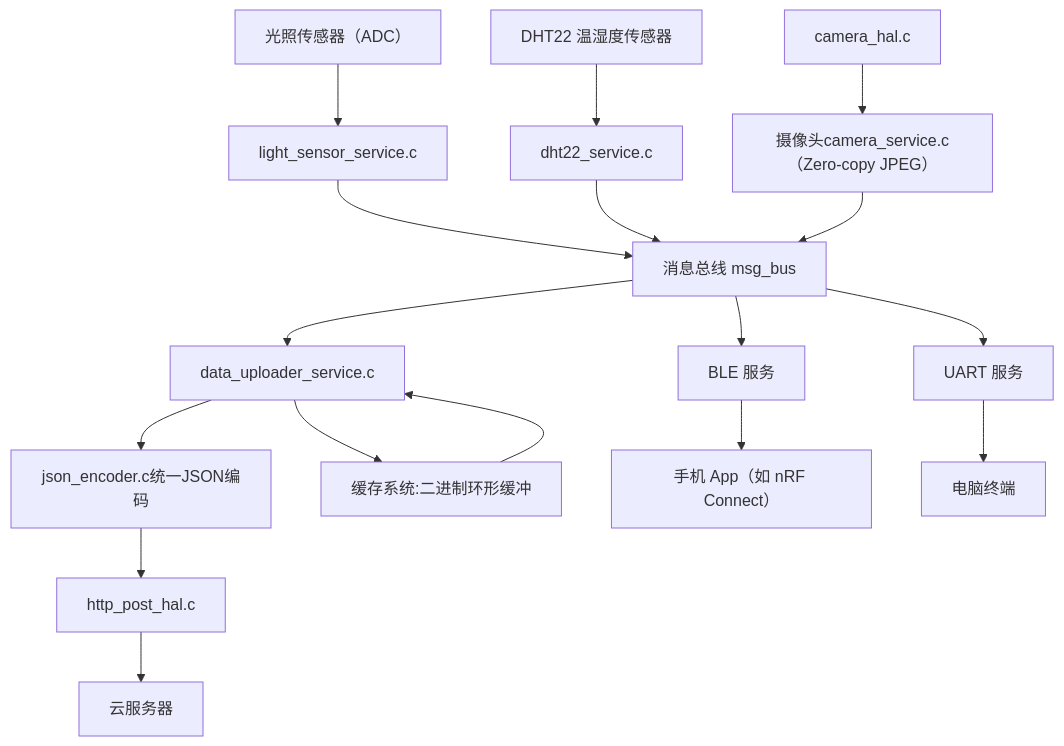
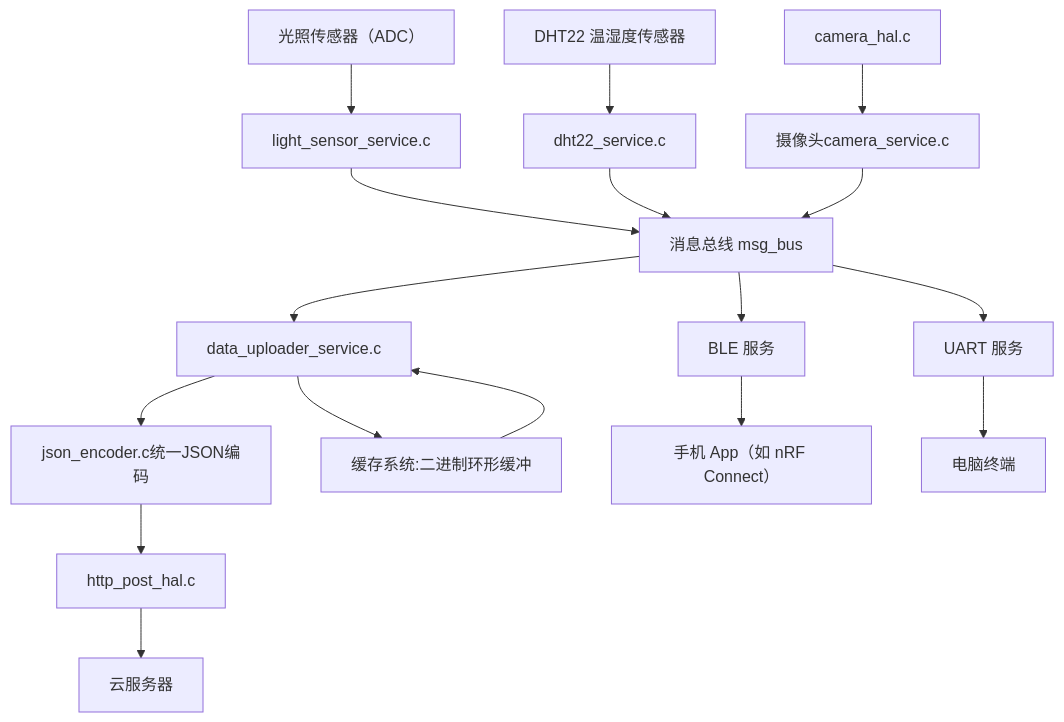
The diagram in README.zh-CN.md (MrRaidrop/ESP-MoNet), drawn with Mermaid before and after one commit. The commit also changed 16 other files, not shown here.

````diff
--- a/README.zh-CN.md
+++ b/README.zh-CN.md
@@ -81,36 +81,36 @@
 ```mermaid
 graph TD
     SENSOR[光照传感器（ADC）]
     DHT[DHT22 温湿度传感器]
-    CAMERA[摄像头camera_service.c（Zero-copy JPEG）]
+    CAMERA[摄像头camera_service.c]
     CAM_HAL[camera_hal.c]
     LIGHT[light_sensor_service.c]
     DHT_SERVICE[dht22_service.c]
     BUS[消息总线 msg_bus]
     ENCODER[json_encoder.c统一JSON编码]
     UPLOADER[data_uploader_service.c]
     UART[UART 服务]
     BLE[BLE 服务]
     CACHE[缓存系统:二进制环形缓冲]
     HTTP[http_post_hal.c]
     CLOUD[云服务器]
     MOBILE[手机 App（如 nRF Connect）]
     PC[电脑终端]
 
     SENSOR --> LIGHT
     DHT --> DHT_SERVICE
     LIGHT --> BUS
     DHT_SERVICE --> BUS
     CAMERA --> BUS
     CAM_HAL --> CAMERA
     BUS --> UPLOADER
     BUS --> UART
     BUS --> BLE
     UPLOADER --> ENCODER
     ENCODER --> HTTP
     HTTP --> CLOUD
     UPLOADER --> CACHE
     CACHE --> UPLOADER
     BLE --> MOBILE
     UART --> PC
 ```
````
